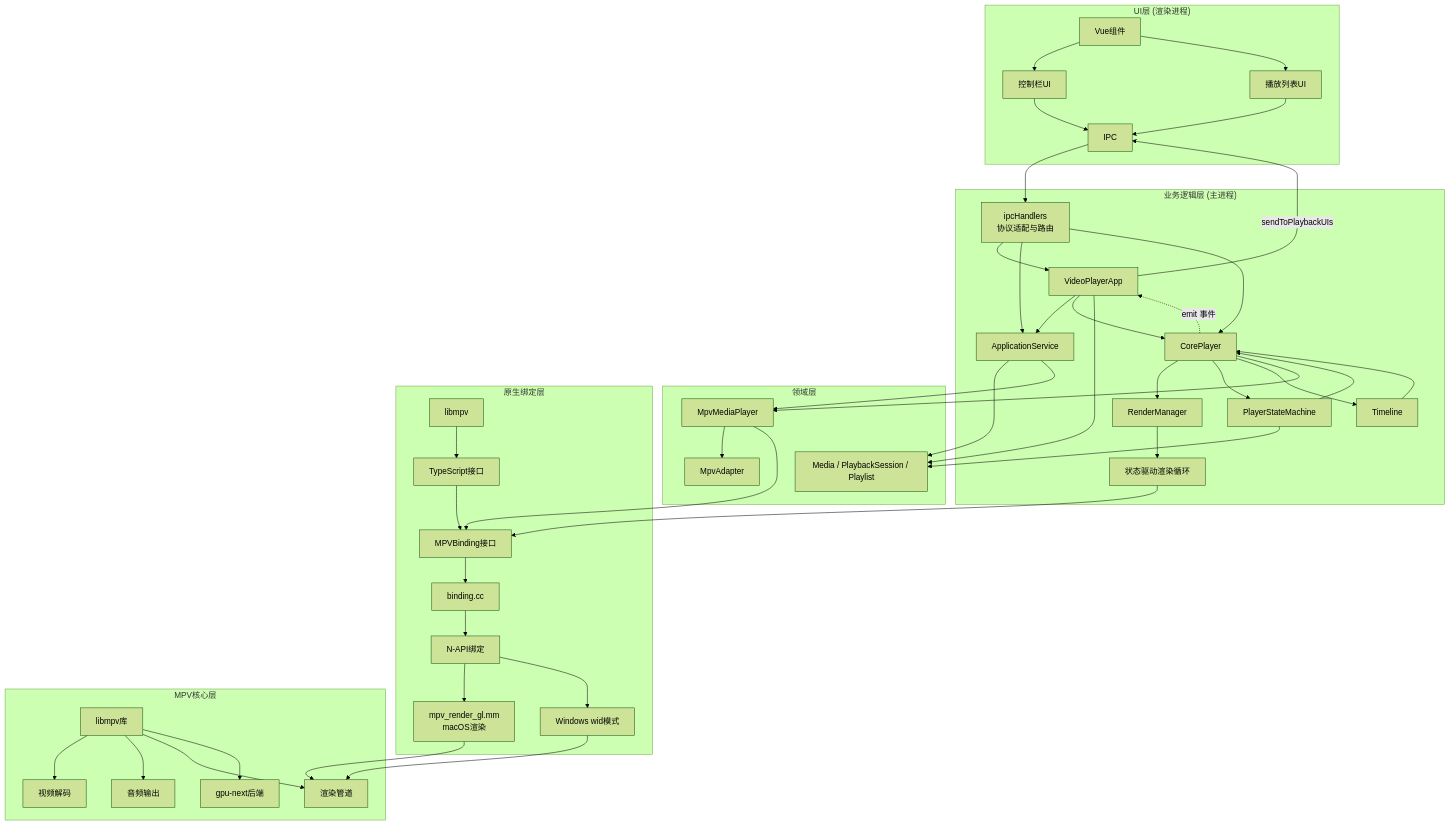
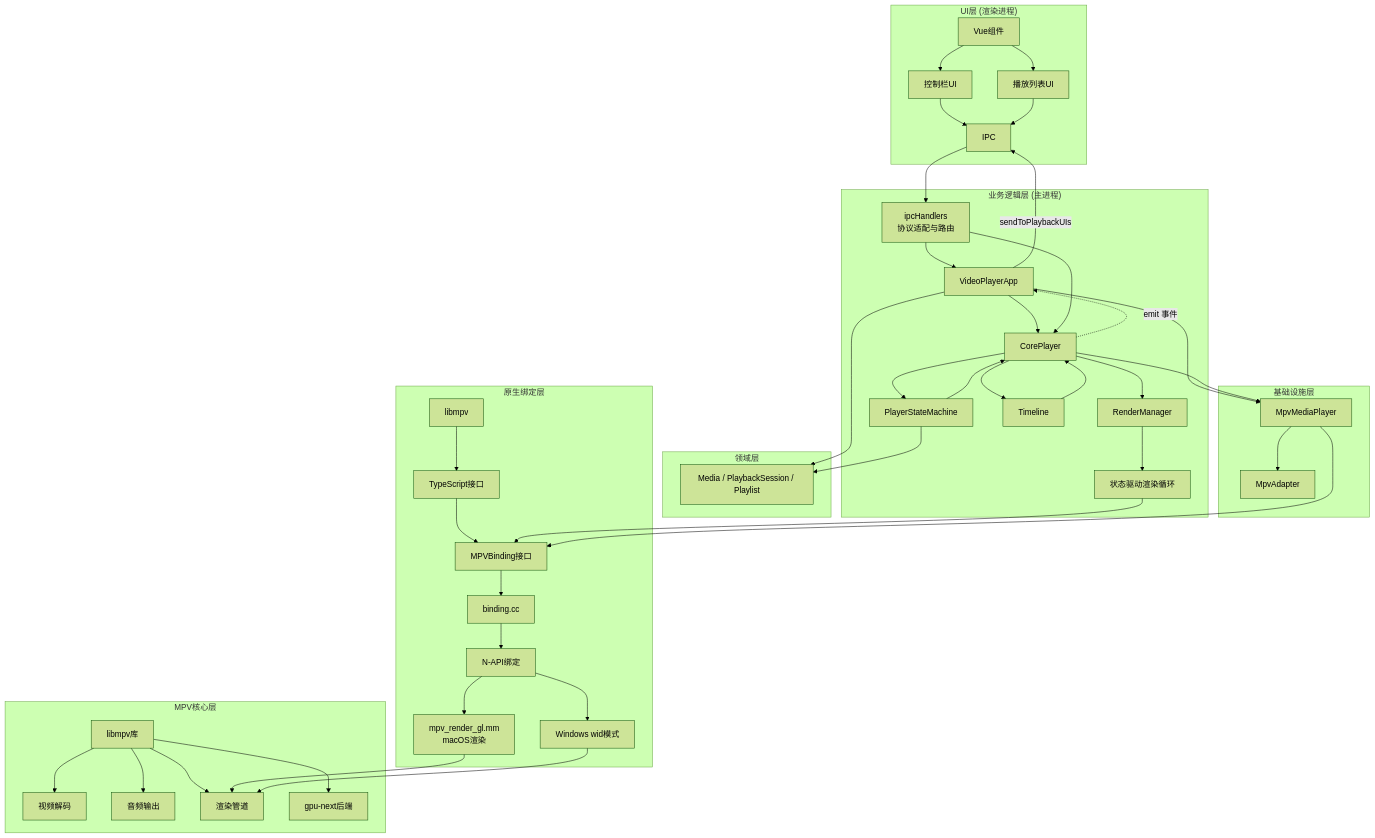
One commit to Lucas-lgm/mpv-electron changed the first of 3 diagrams in docs/ARCHITECTURE.md. Above: the diagram before and after it, drawn with Mermaid (forest theme). The commit also changed other lines of this file and 11 other files, not shown here.

First line of the commit message:
refactor(architecture): remove ApplicationService and inline playback commands into VideoPlayerApp

````diff
--- a/docs/ARCHITECTURE.md
+++ b/docs/ARCHITECTURE.md
@@ -34,66 +34,65 @@
 ```mermaid
 graph TB
     subgraph "UI层 (渲染进程)"
         A1[Vue组件] --> A2[控制栏UI]
         A1 --> A3[播放列表UI]
         A2 --> A4[IPC]
         A3 --> A4
     end
 
     subgraph "业务逻辑层 (主进程)"
         B0[ipcHandlers<br/>协议适配与路由]
         B1[VideoPlayerApp]
-        B2[ApplicationService]
         B3[CorePlayer]
         B4[RenderManager]
         B5[PlayerStateMachine]
         B6[Timeline]
-        B1 --> B2
         B1 --> B3
         B3 --> B4
         B3 --> B5
         B3 --> B6
         B4 --> B7[状态驱动渲染循环]
         B5 --> B3
         B6 --> B3
         B3 -.->|emit 事件| B1
     end
 
     subgraph "领域层"
         D1[Media / PlaybackSession / Playlist]
-        D2[MpvAdapter]
-        D3[MpvMediaPlayer]
-        B2 --> D1
-        B2 --> D3
         B1 --> D1
-        B3 --> D3
         B5 --> D1
-        D3 --> D2
+    end
+
+    subgraph "基础设施层"
+        I1[MpvAdapter]
+        I2[MpvMediaPlayer]
+        B1 --> I2
+        B3 --> I2
+        I2 --> I1
     end
 
     subgraph "原生绑定层"
         C1[libmpv] --> C2[TypeScript接口]
         C2 --> C3[MPVBinding接口]
         C3 --> C4[binding.cc]
         C4 --> C5[N-API绑定]
         C5 --> C6[mpv_render_gl.mm<br/>macOS渲染]
         C5 --> C7[Windows wid模式]
     end
 
     subgraph "MPV核心层"
         E1[libmpv库] --> E2[视频解码]
         E1 --> E3[音频输出]
         E1 --> E4[渲染管道]
         E1 --> E5[gpu-next后端]
     end
 
     A4 --> B0
     B0 --> B1
-    B0 --> B2
     B0 --> B3
     B1 -->|sendToPlaybackUIs| A4
     B7 --> C3
-    D3 --> C3
+    I2 --> C3
     C6 --> E4
     C7 --> E4
 ```
````
